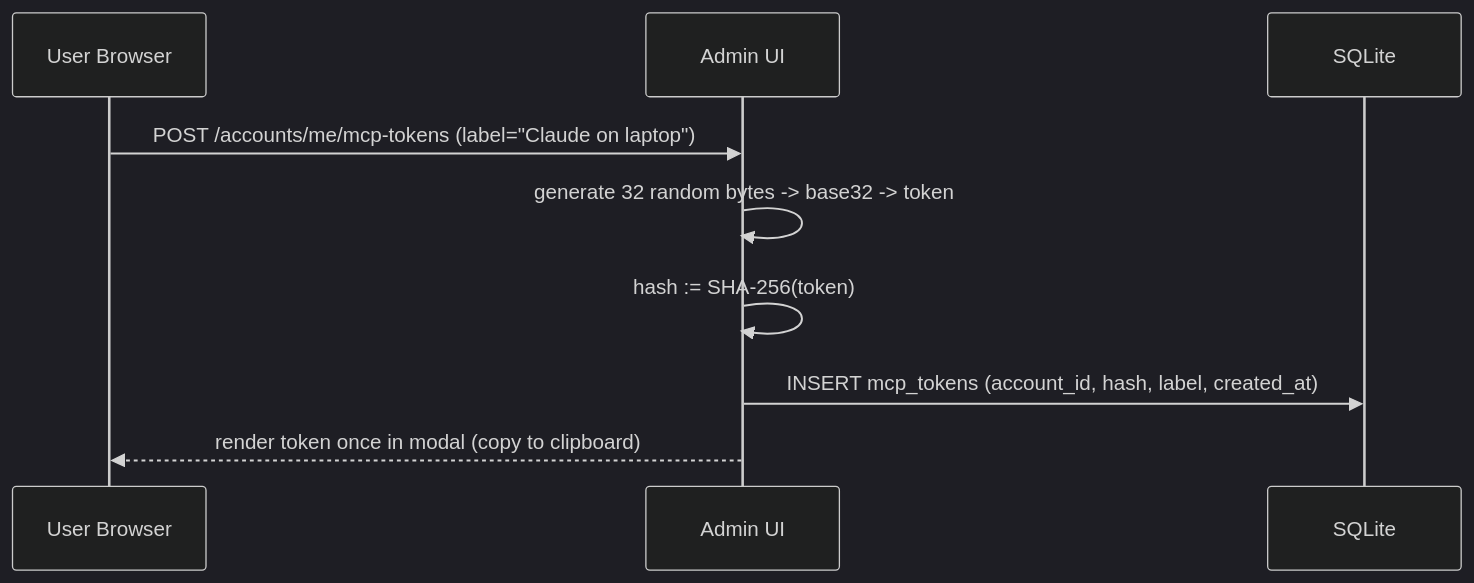
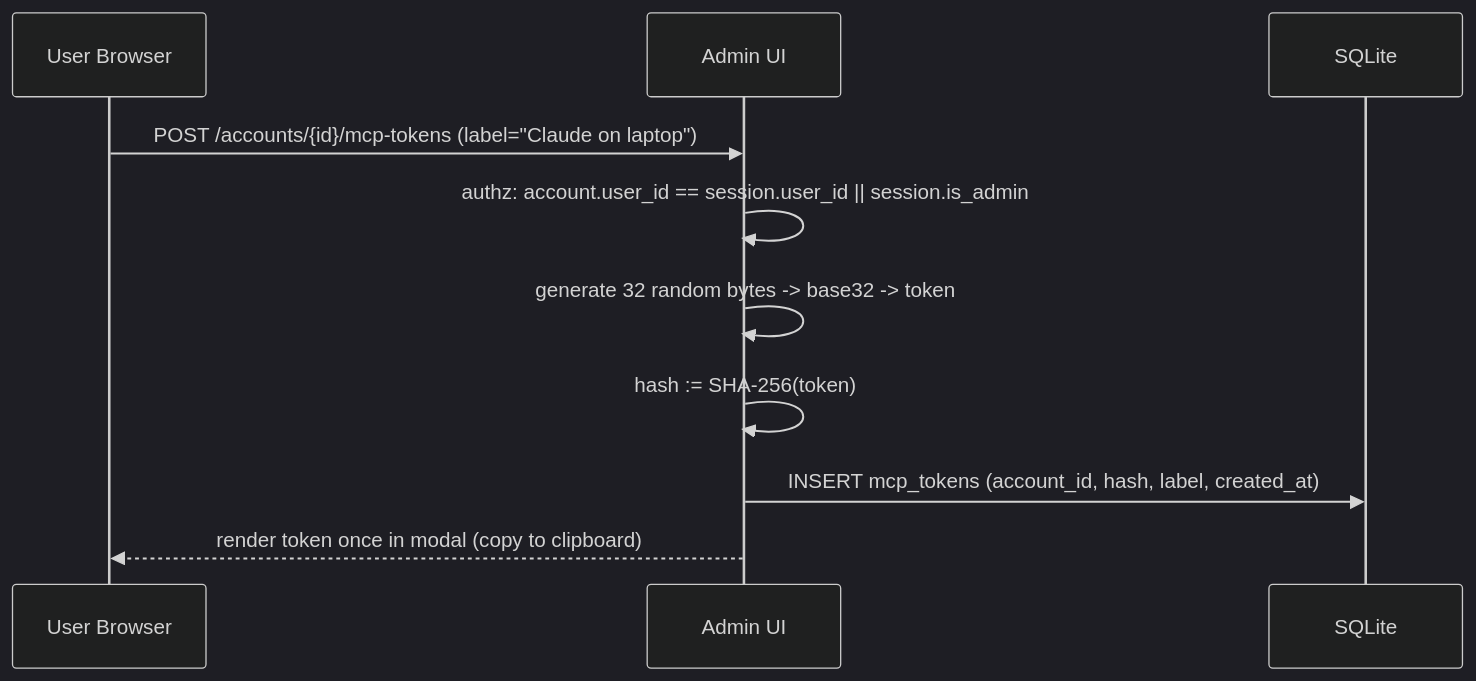
One commit to joestump/reduit changed the third of 3 diagrams in docs/openspec/specs/mcp-tool-surface/design.md. Above: the diagram before and after it, drawn with Mermaid (dark theme). The commit also changed other lines of this file and 12 other files, not shown here.

First line of the commit message:
docs: ADR-0010 + spec amendments for multi-Proton-account-per-user (#59)

````diff
--- a/docs/openspec/specs/mcp-tool-surface/design.md
+++ b/docs/openspec/specs/mcp-tool-surface/design.md
@@ -151,11 +186,12 @@
 ```mermaid
 sequenceDiagram
     participant U as User Browser
     participant UI as Admin UI
     participant DB as SQLite
-    U->>UI: POST /accounts/me/mcp-tokens (label="Claude on laptop")
+    U->>UI: POST /accounts/{id}/mcp-tokens (label="Claude on laptop")
+    UI->>UI: authz: account.user_id == session.user_id || session.is_admin
     UI->>UI: generate 32 random bytes -> base32 -> token
     UI->>UI: hash := SHA-256(token)
     UI->>DB: INSERT mcp_tokens (account_id, hash, label, created_at)
     UI-->>U: render token once in modal (copy to clipboard)
 ```
````
